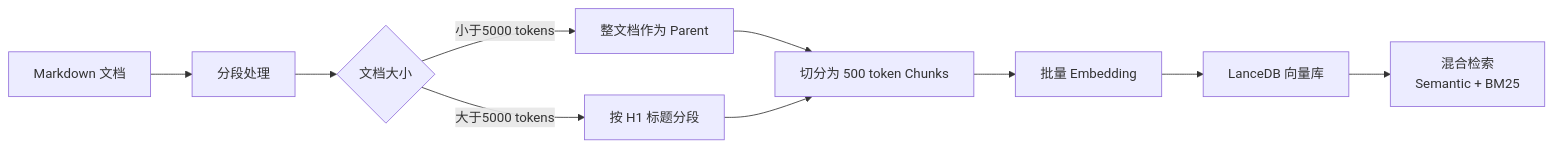
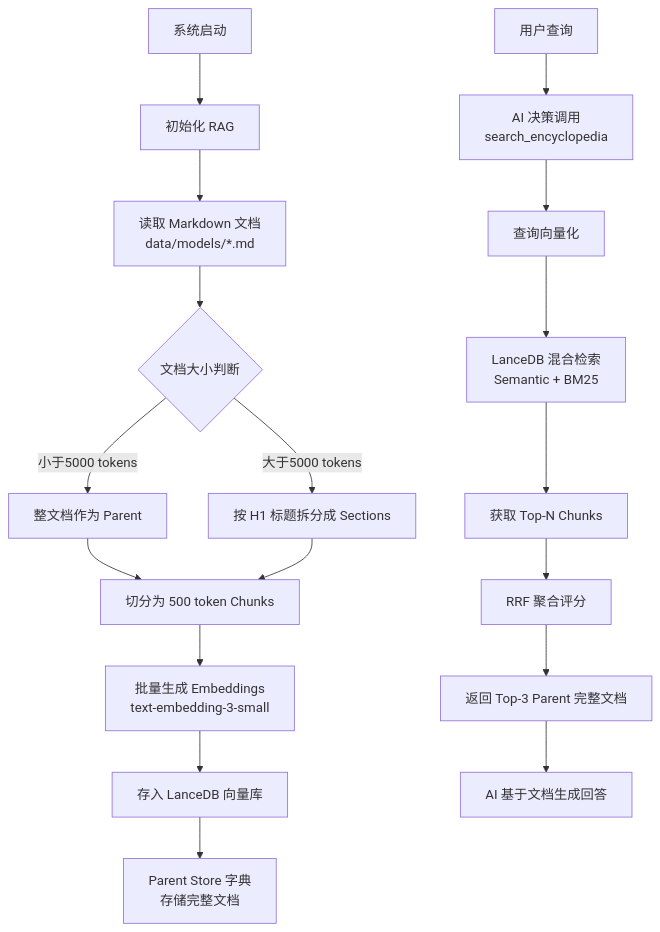
The fourth of 8 diagrams in learningnotes/code_structure_analysis.md (pengqianhan/DeepInflation-pq), drawn with Mermaid before and after one commit. The commit also changed other lines of this file, not shown here.

````diff
--- a/learningnotes/code_structure_analysis.md
+++ b/learningnotes/code_structure_analysis.md
@@ -157,12 +292,21 @@
 ```mermaid
-graph LR
-    A[Markdown 文档] --> B[分段处理]
-    B --> C{文档大小}
-    C -->|小于5000 tokens| D[整文档作为 Parent]
-    C -->|大于5000 tokens| E[按 H1 标题分段]
-    D --> F[切分为 500 token Chunks]
-    E --> F
-    F --> G[批量 Embedding]
-    G --> H[LanceDB 向量库]
-    H --> I[混合检索<br/>Semantic + BM25]
+graph TB
+    A[系统启动] --> B[初始化 RAG]
+    B --> C[读取 Markdown 文档<br/>data/models/*.md]
+    C --> D{文档大小判断}
+    D -->|小于5000 tokens| E[整文档作为 Parent]
+    D -->|大于5000 tokens| F[按 H1 标题拆分成 Sections]
+    E --> G[切分为 500 token Chunks]
+    F --> G
+    G --> H[批量生成 Embeddings<br/>text-embedding-3-small]
+    H --> I[存入 LanceDB 向量库]
+    I --> J[Parent Store 字典<br/>存储完整文档]
+    
+    K[用户查询] --> L[AI 决策调用<br/>search_encyclopedia]
+    L --> M[查询向量化]
+    M --> N[LanceDB 混合检索<br/>Semantic + BM25]
+    N --> O[获取 Top-N Chunks]
+    O --> P[RRF 聚合评分]
+    P --> Q[返回 Top-3 Parent 完整文档]
+    Q --> R[AI 基于文档生成回答]
 ```
````
